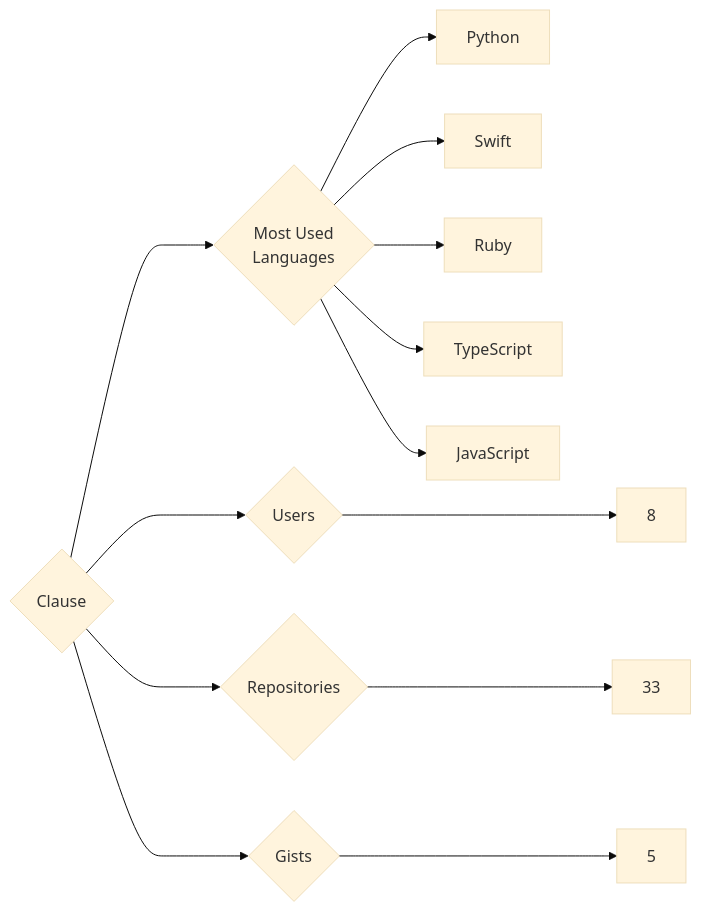
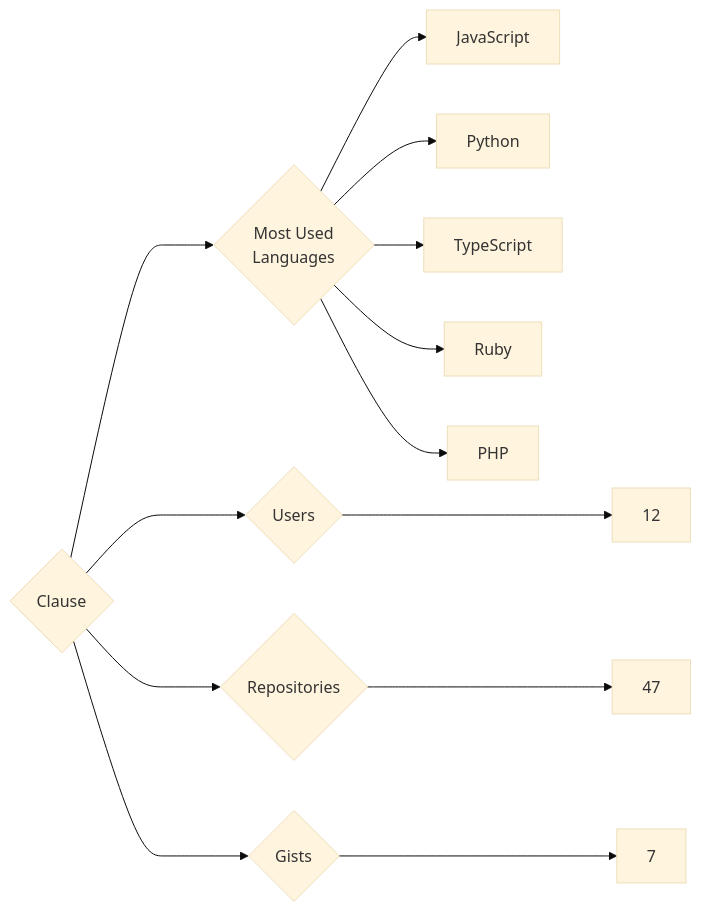
Before and after one commit to trickest/insiders: the diagram in targets/Clause/README.md, drawn with Mermaid (base theme). The commit also changed 837 other files, not shown here.

````diff
--- a/targets/Clause/README.md
+++ b/targets/Clause/README.md
@@ -3,13 +3,13 @@
 ```mermaid
 graph LR
 COMPANY_NAME{Clause}
-COMPANY_NAME ---> U{Users} ---> UN[8]
-COMPANY_NAME ---> R{Repositories} ---> RN[33]
-COMPANY_NAME ---> G{Gists} ---> GN[5]
+COMPANY_NAME ---> U{Users} ---> UN[12]
+COMPANY_NAME ---> R{Repositories} ---> RN[47]
+COMPANY_NAME ---> G{Gists} ---> GN[7]
 COMPANY_NAME ---> ML{Most Used<br>Languages}
+ML --> JavaScript[JavaScript]
 ML --> Python[Python]
-ML --> Swift[Swift]
+ML --> TypeScript[TypeScript]
 ML --> Ruby[Ruby]
-ML --> TypeScript[TypeScript]
-ML --> JavaScript[JavaScript]
+ML --> PHP[PHP]
 ```
````
